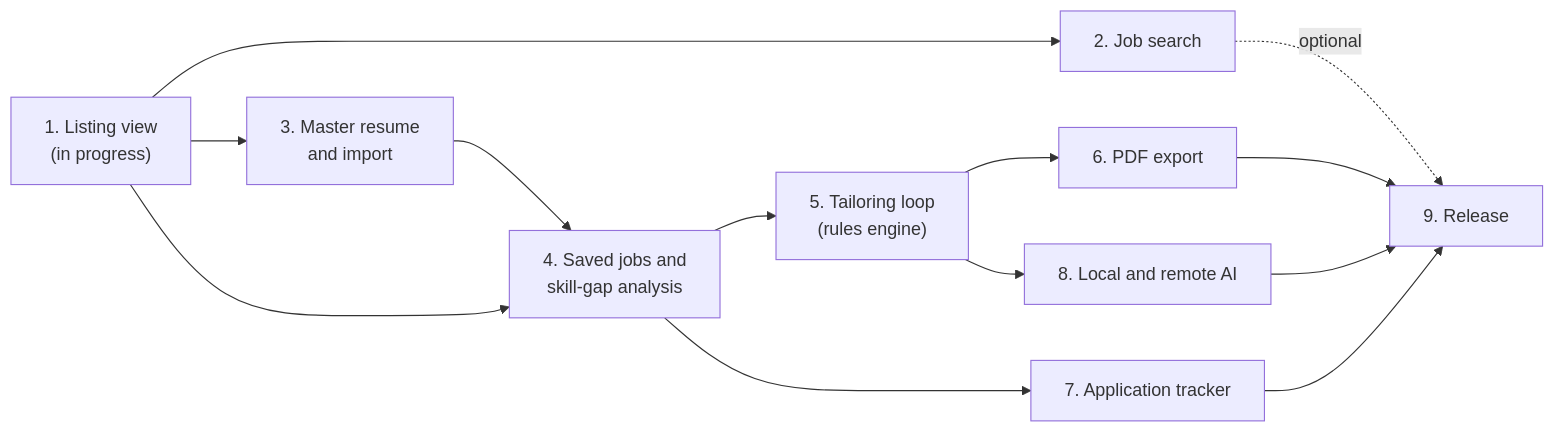
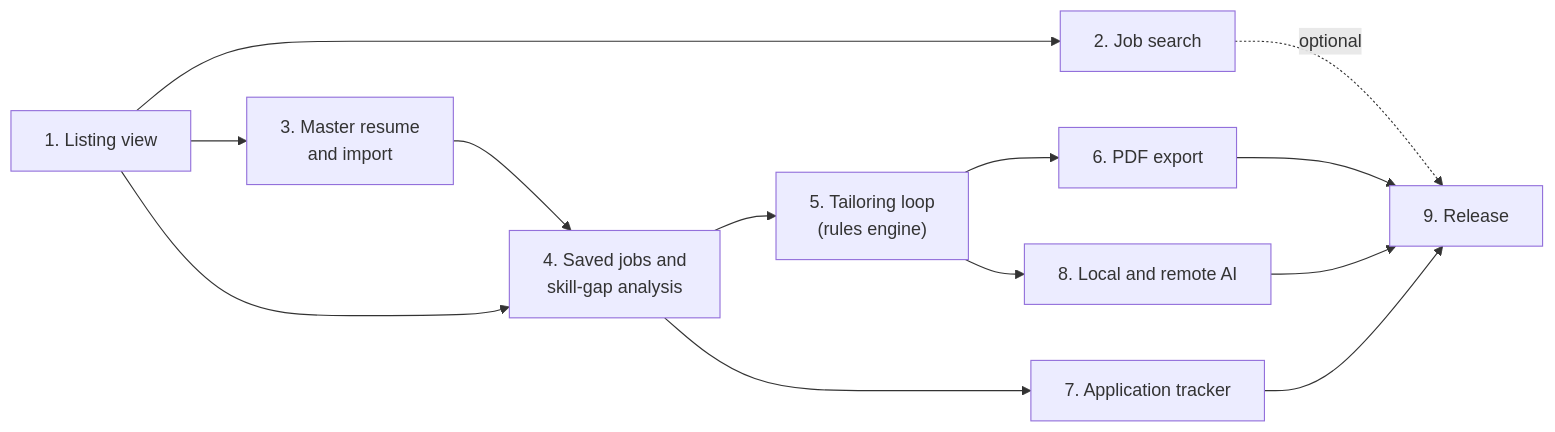
One commit to tlmcguire/fistbump changed the diagram in docs/roadmap.md. Above: the diagram before and after it, drawn with Mermaid. The commit also changed 4 other files, not shown here.

````diff
--- a/docs/roadmap.md
+++ b/docs/roadmap.md
@@ -31,15 +31,15 @@
 ```mermaid
 flowchart LR
-    P1["1. Listing view<br/>(in progress)"] --> P2["2. Job search"]
+    P1["1. Listing view"] --> P2["2. Job search"]
     P1 --> P3["3. Master resume<br/>and import"]
     P1 --> P4
     P3 --> P4["4. Saved jobs and<br/>skill-gap analysis"]
     P4 --> P5["5. Tailoring loop<br/>(rules engine)"]
     P5 --> P6["6. PDF export"]
     P4 --> P7["7. Application tracker"]
     P5 --> P8["8. Local and remote AI"]
     P6 --> P9["9. Release"]
     P7 --> P9
     P8 --> P9
     P2 -.->|optional| P9
 ```
````
